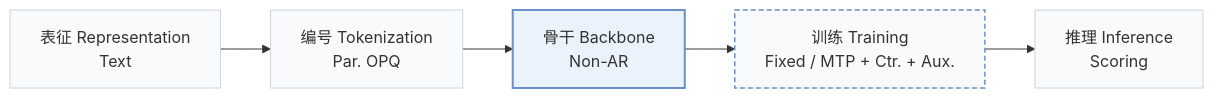
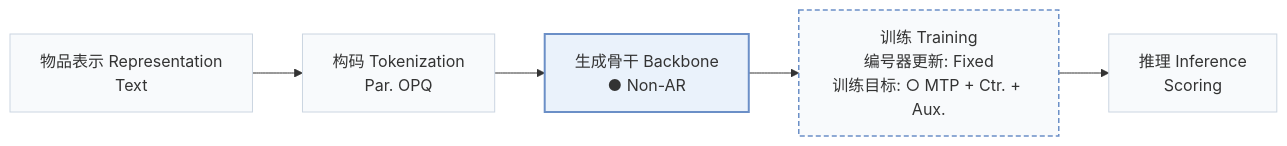
Before and after one commit to Galaxy-ghost/Awesome-SID-Generative-Rec: the first of 2 diagrams in pages/zh/papers/acerec.md, drawn with Mermaid. The commit also changed other lines of this file and 558 other files, not shown here.

````diff
--- a/pages/zh/papers/acerec.md
+++ b/pages/zh/papers/acerec.md
@@ -15,10 +18,10 @@
 ```mermaid
 flowchart LR
-    R["表征 Representation<br/>Text"] --> T["编号 Tokenization<br/>Par. OPQ"] --> B["骨干 Backbone<br/>Non-AR"] --> TR["训练 Training<br/>Fixed / MTP + Ctr. + Aux."] --> I["推理 Inference<br/>Scoring"]
+    R["物品表示 Representation<br/>Text"] --> T["构码 Tokenization<br/>Par. OPQ"] --> B["生成骨干 Backbone<br/>● Non-AR"] --> TR["训练 Training<br/>编号器更新: Fixed<br/>训练目标: ○ MTP + Ctr. + Aux."] --> I["推理 Inference<br/>Scoring"]
     classDef base fill:#f8fafc,stroke:#cbd5e1
     class R,T,B,TR,I base
-    classDef also fill:#f8fafc,stroke:#6b8fc7,stroke-width:1.5px,stroke-dasharray:5 3
-    class TR also
+    classDef other fill:#f8fafc,stroke:#6b8fc7,stroke-width:1.5px,stroke-dasharray:5 3
+    class TR other
     classDef main fill:#eaf2fb,stroke:#6b8fc7,stroke-width:2px
     class B main
 ```
````
